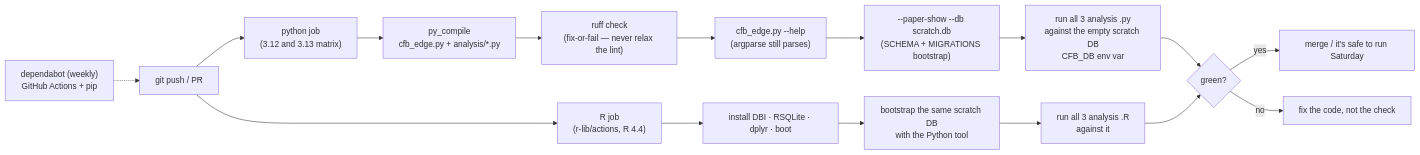
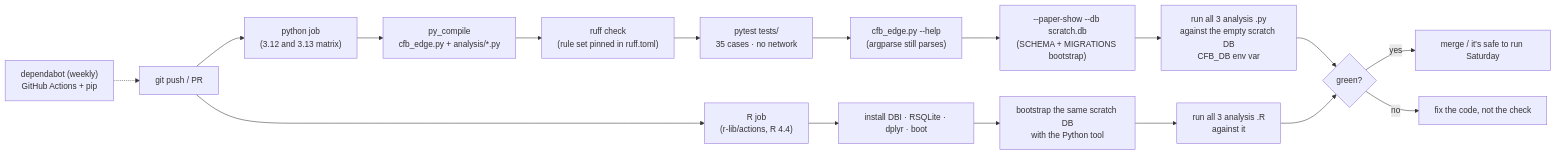
One commit to wbp318/cfb_2026 changed the tenth of 10 diagrams in README.md. Above: the diagram before and after it, drawn with Mermaid. The commit also changed other lines of this file and 8 other files, not shown here.

First line of the commit message:
tests: 35 pytest cases; pin ruff rules; CI runs pytest; full-picture README diagrams

````diff
--- a/README.md
+++ b/README.md
@@ -298,17 +412,18 @@
 ```mermaid
 flowchart LR
     PUSH["git push / PR"] --> PY["python job\n(3.12 and 3.13 matrix)"]
     PUSH --> RJ["R job\n(r-lib/actions, R 4.4)"]
     PY --> P1["py_compile\ncfb_edge.py + analysis/*.py"]
-    P1 --> P2["ruff check\n(fix-or-fail — never relax the lint)"]
-    P2 --> P3["cfb_edge.py --help\n(argparse still parses)"]
+    P1 --> P2["ruff check\n(rule set pinned in ruff.toml)"]
+    P2 --> PT["pytest tests/\n35 cases · no network"]
+    PT --> P3["cfb_edge.py --help\n(argparse still parses)"]
     P3 --> P4["--paper-show --db scratch.db\n(SCHEMA + MIGRATIONS bootstrap)"]
     P4 --> P5["run all 3 analysis .py\nagainst the empty scratch DB\nCFB_DB env var"]
     RJ --> R1["install DBI · RSQLite · dplyr · boot"]
     R1 --> R2["bootstrap the same scratch DB\nwith the Python tool"]
     R2 --> R3["run all 3 analysis .R\nagainst it"]
     P5 & R3 --> OK{"green?"}
     OK -- yes --> M["merge / it's safe to run Saturday"]
     OK -- no --> FIX["fix the code, not the check"]
     DEP["dependabot (weekly)\nGitHub Actions + pip"] -.-> PUSH
 ```
````
